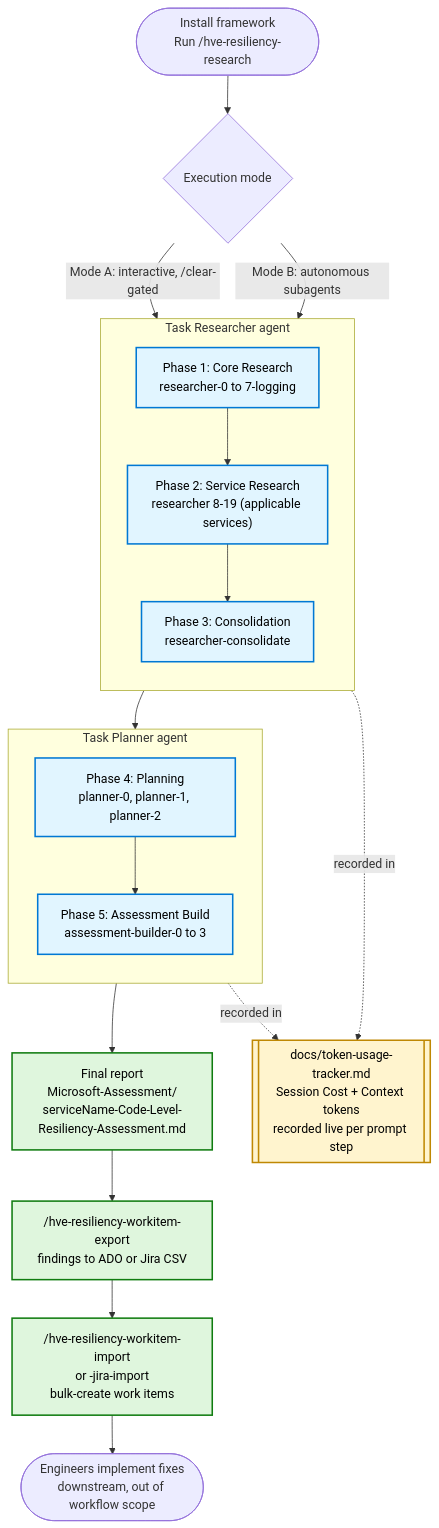
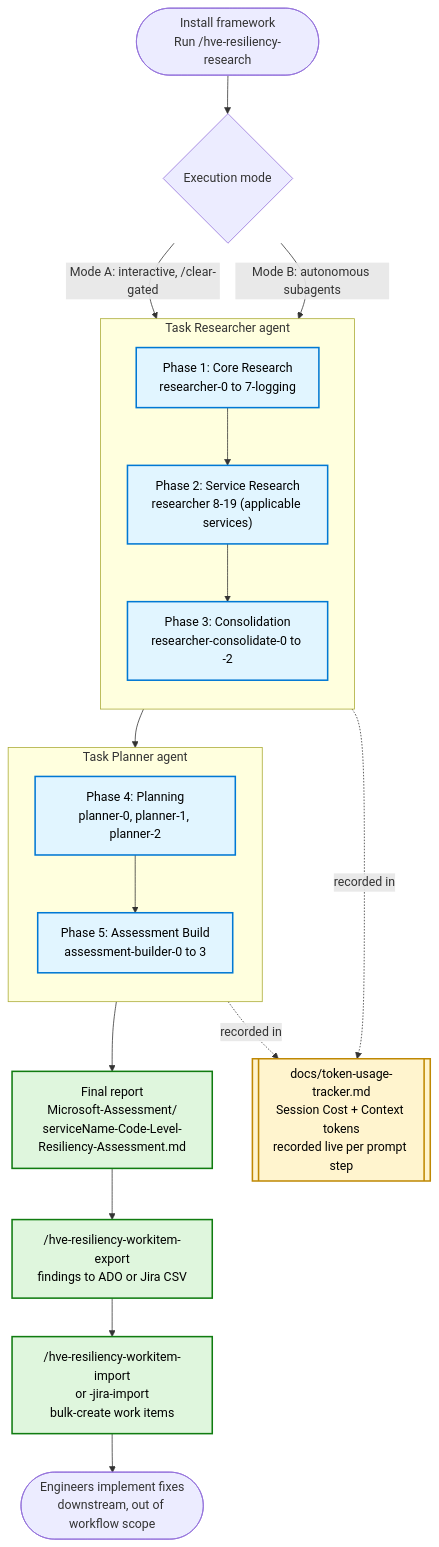
Before and after one commit to christopherromero/HVE-Resiliency: the first of 2 diagrams in docs/telemetry-report-workflow.md, drawn with Mermaid. The commit also changed 15 other files, not shown here.

````diff
--- a/docs/telemetry-report-workflow.md
+++ b/docs/telemetry-report-workflow.md
@@ -56,39 +56,39 @@
 ```mermaid
 flowchart TD
     START([Install framework<br/>Run /hve-resiliency-research]) --> MODE{Execution mode}
     MODE -- "Mode A: interactive, /clear-gated" --> P1
     MODE -- "Mode B: autonomous subagents" --> P1
 
     subgraph RESEARCH [Task Researcher agent]
         direction TB
         P1["Phase 1: Core Research<br/>researcher-0 to 7-logging"]
         P2["Phase 2: Service Research<br/>researcher 8-19 (applicable services)"]
-        P3["Phase 3: Consolidation<br/>researcher-consolidate"]
+        P3["Phase 3: Consolidation<br/>researcher-consolidate-0 to -2"]
         P1 --> P2 --> P3
     end
 
     subgraph PLAN [Task Planner agent]
         direction TB
         P4["Phase 4: Planning<br/>planner-0, planner-1, planner-2"]
         P5["Phase 5: Assessment Build<br/>assessment-builder-0 to 3"]
         P4 --> P5
     end
 
     P3 --> P4
     P5 --> REPORT["Final report<br/>Microsoft-Assessment/<br/>serviceName-Code-Level-Resiliency-Assessment.md"]
 
     REPORT --> EXPORT["/hve-resiliency-workitem-export<br/>findings to ADO or Jira CSV"]
     EXPORT --> IMPORT["/hve-resiliency-workitem-import<br/>or -jira-import<br/>bulk-create work items"]
     IMPORT --> REMEDIATE([Engineers implement fixes<br/>downstream, out of workflow scope])
 
     TRACK[["docs/token-usage-tracker.md<br/>Session Cost + Context tokens<br/>recorded live per prompt step"]]
     RESEARCH -.recorded in.-> TRACK
     PLAN -.recorded in.-> TRACK
 
     classDef phase fill:#e1f5ff,stroke:#0078d4,stroke-width:2px,color:#000
     classDef out fill:#dff6dd,stroke:#107c10,stroke-width:2px,color:#000
     classDef track fill:#fff4ce,stroke:#bf8803,stroke-width:2px,color:#000
     class P1,P2,P3,P4,P5 phase
     class REPORT,EXPORT,IMPORT out
     class TRACK track
 ```
````
